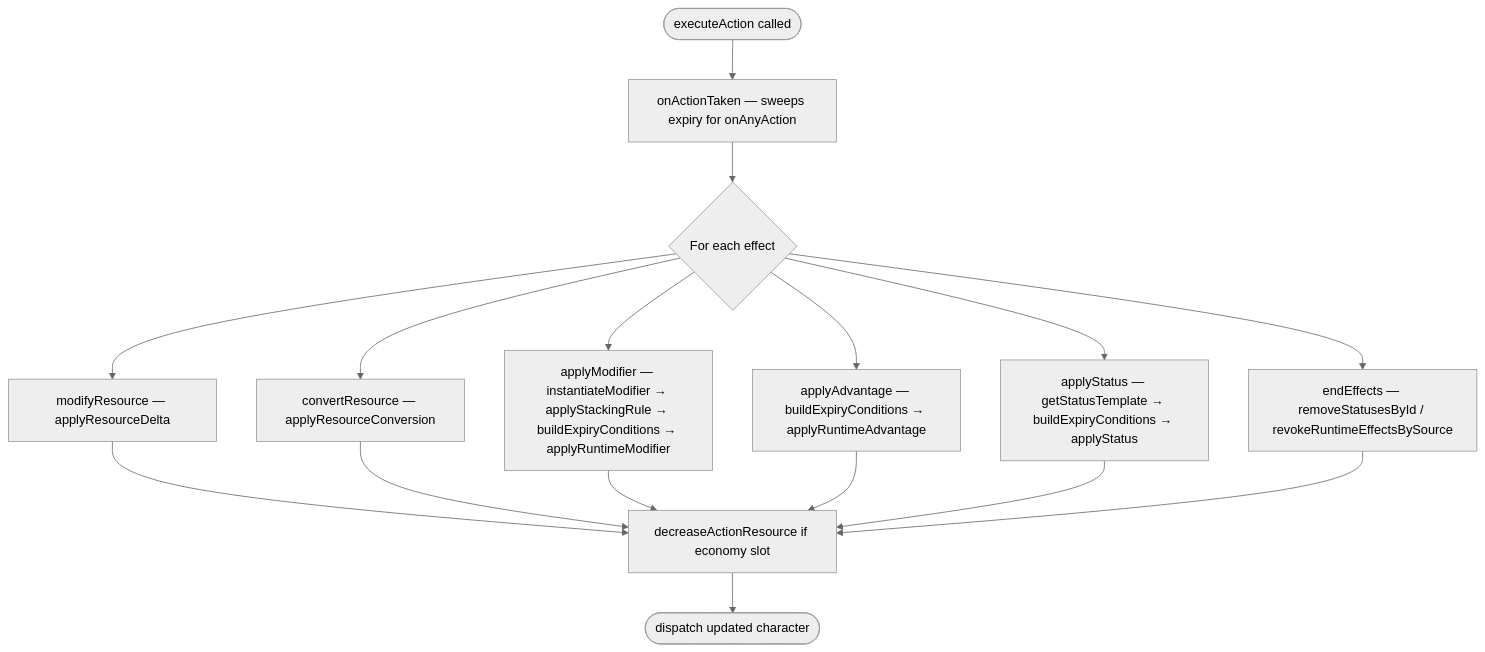
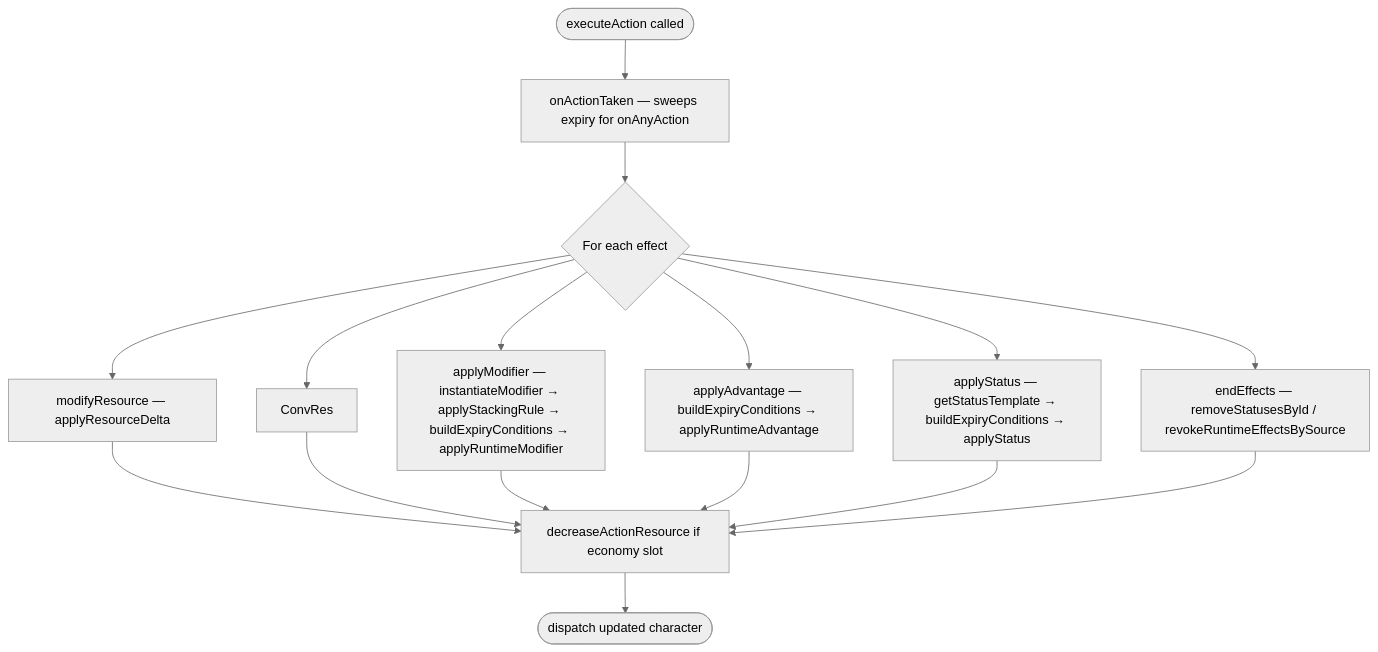
One commit to JaredReyes107/DnD-Companion changed the second of 2 diagrams in docs/engine.md. Above: the diagram before and after it, drawn with Mermaid (neutral theme). The commit also changed other lines of this file and 99 other files, not shown here.

````diff
--- a/docs/engine.md
+++ b/docs/engine.md
@@ -94,30 +94,29 @@
 ```mermaid
 flowchart TD
     Start([executeAction called])
     ActionEconomy[onActionTaken — sweeps expiry for onAnyAction]
     EffectsLoop{For each effect}
     ModRes[modifyResource — applyResourceDelta]
-    ConvRes[convertResource — applyResourceConversion]
     ApplyMod[applyModifier — instantiateModifier → applyStackingRule → buildExpiryConditions → applyRuntimeModifier]
     ApplyAdv[applyAdvantage — buildExpiryConditions → applyRuntimeAdvantage]
     ApplyStatus[applyStatus — getStatusTemplate → buildExpiryConditions → applyStatus]
     EndEff[endEffects — removeStatusesById / revokeRuntimeEffectsBySource]
     DecAction[decreaseActionResource if economy slot]
     Dispatch([dispatch updated character])
 
     Start --> ActionEconomy
     ActionEconomy --> EffectsLoop
     EffectsLoop --> ModRes
     EffectsLoop --> ConvRes
     EffectsLoop --> ApplyMod
     EffectsLoop --> ApplyAdv
     EffectsLoop --> ApplyStatus
     EffectsLoop --> EndEff
     ModRes --> DecAction
     ConvRes --> DecAction
     ApplyMod --> DecAction
     ApplyAdv --> DecAction
     ApplyStatus --> DecAction
     EndEff --> DecAction
     DecAction --> Dispatch
 ```
````
